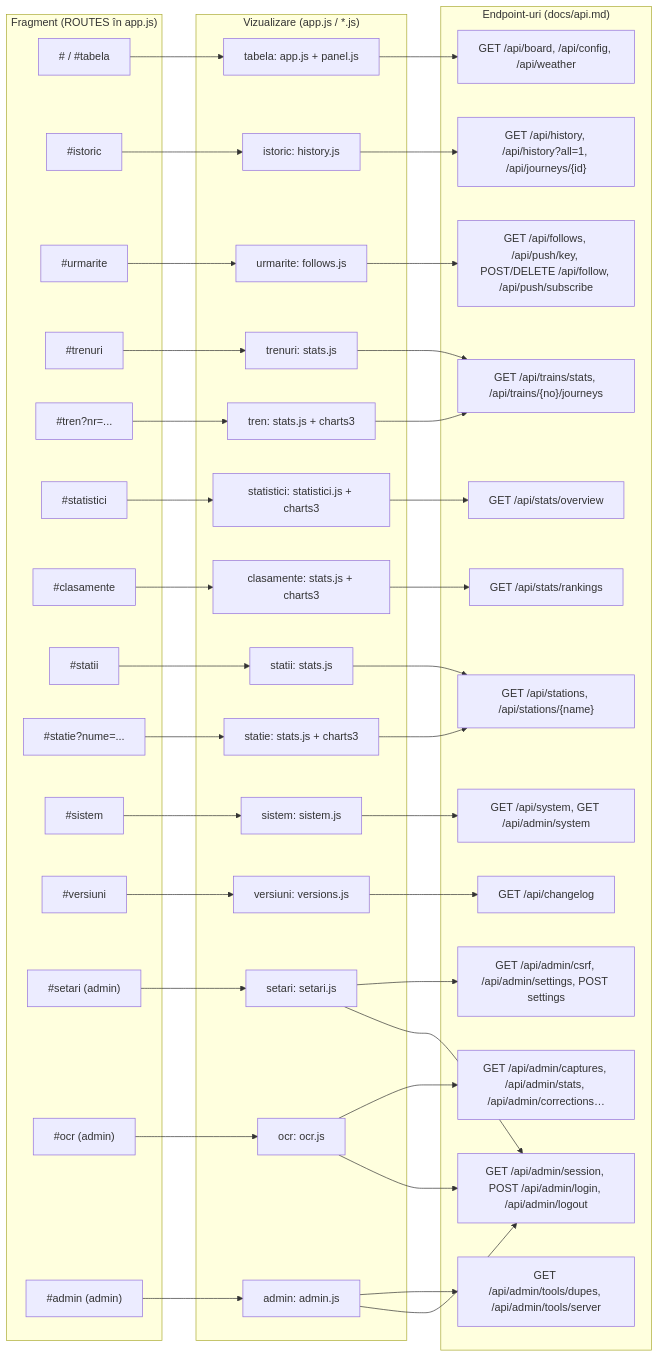
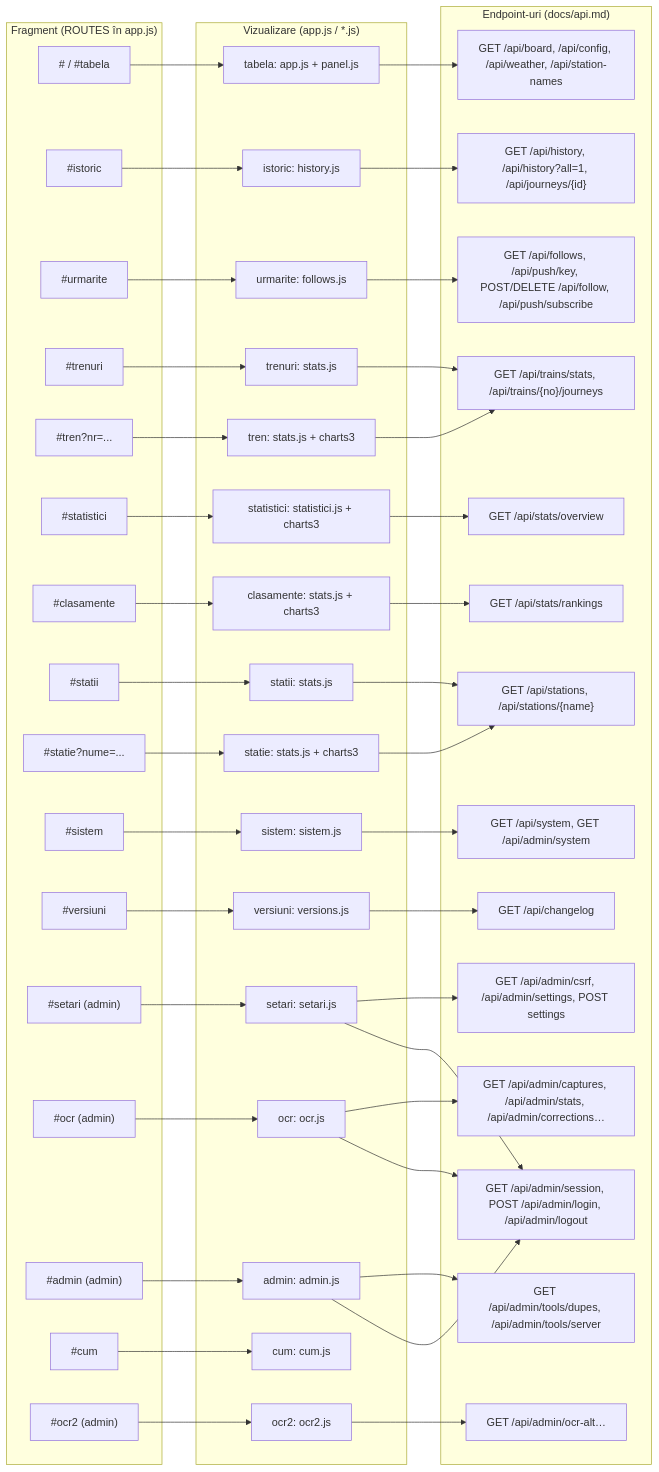
One commit to Andy217ACE/tabela-gara-de-nord changed the diagram in docs/en/interfata.md. Above: the diagram before and after it, drawn with Mermaid. The commit also changed other lines of this file and 17 other files, not shown here.

````diff
--- a/docs/en/interfata.md
+++ b/docs/en/interfata.md
@@ -423,70 +479,77 @@
 ```mermaid
 flowchart LR
     subgraph Rute["Fragment (ROUTES în app.js)"]
         R0["#  /  #tabela"]
         R1["#istoric"]
         R2["#urmarite"]
         R3["#trenuri"]
         R4["#tren?nr=..."]
         R5["#statistici"]
         R6["#clasamente"]
         R7["#statii"]
         R8["#statie?nume=..."]
         R9["#sistem"]
         R10["#versiuni"]
         R11["#setari (admin)"]
         R12["#ocr (admin)"]
         R13["#admin (admin)"]
+        R14["#cum"]
+        R15["#ocr2 (admin)"]
     end
 
     subgraph Vizualizari["Vizualizare (app.js / *.js)"]
         V0["tabela: app.js + panel.js"]
         V1["istoric: history.js"]
         V2["urmarite: follows.js"]
         V3["trenuri: stats.js"]
         V4["tren: stats.js + charts3"]
         V5["statistici: statistici.js + charts3"]
         V6["clasamente: stats.js + charts3"]
         V7["statii: stats.js"]
         V8["statie: stats.js + charts3"]
         V9["sistem: sistem.js"]
         V10["versiuni: versions.js"]
         V11["setari: setari.js"]
         V12["ocr: ocr.js"]
         V13["admin: admin.js"]
+        V14["cum: cum.js"]
+        V15["ocr2: ocr2.js"]
     end
 
     subgraph API["Endpoint-uri (docs/api.md)"]
-        A1["GET /api/board, /api/config, /api/weather"]
+        A1["GET /api/board, /api/config, /api/weather, /api/station-names"]
         A2["GET /api/history, /api/history?all=1, /api/journeys/{id}"]
         A3["GET /api/follows, /api/push/key, POST/DELETE /api/follow, /api/push/subscribe"]
         A4["GET /api/trains/stats, /api/trains/{no}/journeys"]
         A5["GET /api/stats/overview"]
         A6["GET /api/stats/rankings"]
         A7["GET /api/stations, /api/stations/{name}"]
         A8["GET /api/system, GET /api/admin/system"]
         A9["GET /api/changelog"]
         A10["GET /api/admin/csrf, /api/admin/settings, POST settings"]
         A11["GET /api/admin/captures, /api/admin/stats, /api/admin/corrections…"]
         A12["GET /api/admin/tools/dupes, /api/admin/tools/server"]
         A13["GET /api/admin/session, POST /api/admin/login, /api/admin/logout"]
+        A14["GET /api/admin/ocr-alt…"]
     end
 
     R0 --> V0 --> A1
     R1 --> V1 --> A2
     R2 --> V2 --> A3
     R3 --> V3 --> A4
     R4 --> V4 --> A4
     R5 --> V5 --> A5
     R6 --> V6 --> A6
     R7 --> V7 --> A7
     R8 --> V8 --> A7
     R9 --> V9 --> A8
     R10 --> V10 --> A9
     R11 --> V11 --> A10
     R12 --> V12 --> A11
     R13 --> V13 --> A12
+    R14 --> V14
+    R15 --> V15 --> A14
     V12 --> A13
     V13 --> A13
     V11 --> A13
 ```
````
